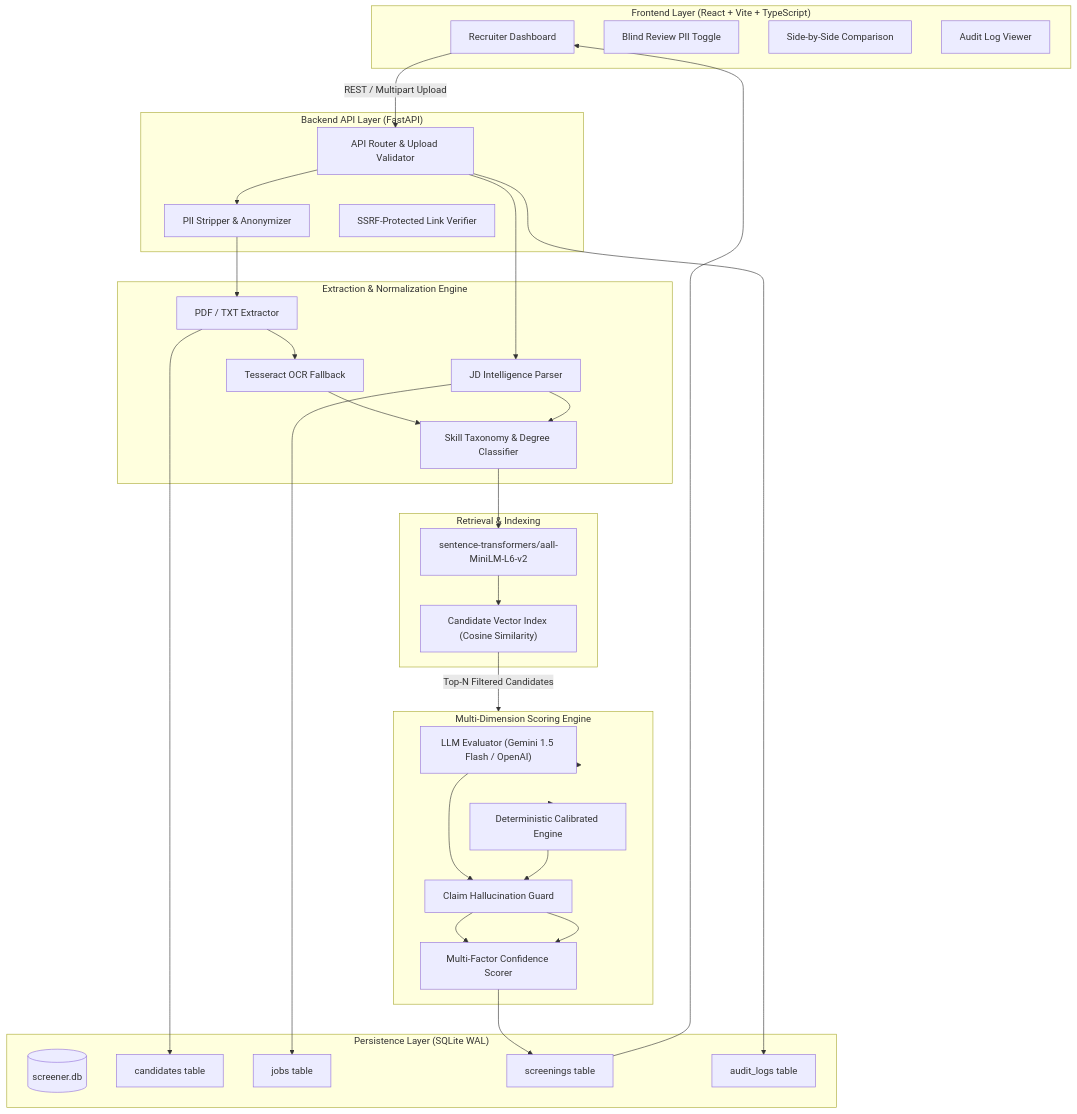
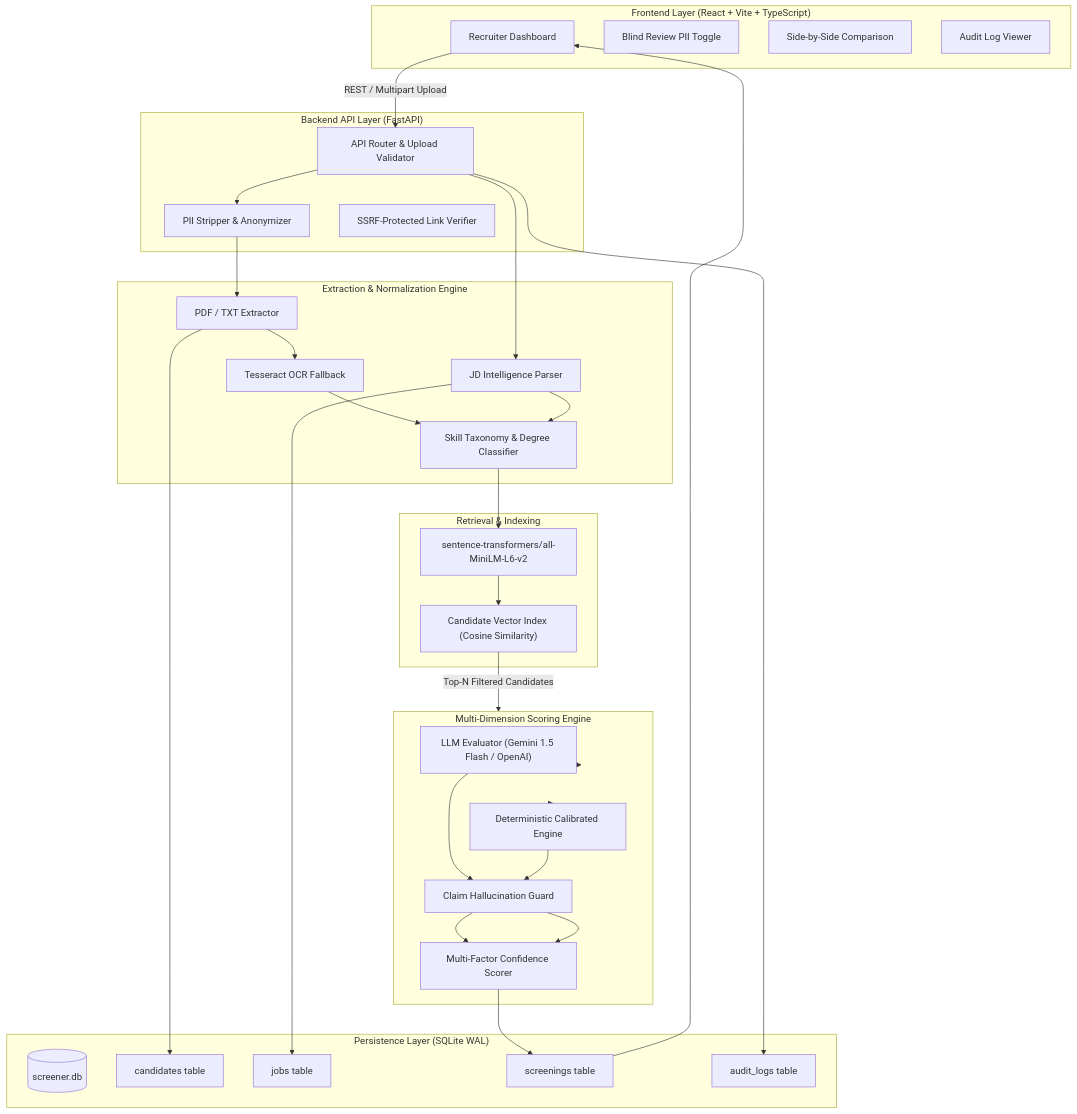
The diagram in README.md (saumitra-sinha-1267/smart-resume-screener), drawn with Mermaid before and after one commit. The commit also changed other lines of this file, not shown here.

Commit message:
docs: correct all-MiniLM-L6-v2 model identifier in README

````diff
--- a/README.md
+++ b/README.md
@@ -59,59 +59,59 @@
 ```mermaid
 flowchart TD
     subgraph Client ["Frontend Layer (React + Vite + TypeScript)"]
         UI["Recruiter Dashboard"]
         BR["Blind Review PII Toggle"]
         COMP["Side-by-Side Comparison"]
         AUDIT["Audit Log Viewer"]
     end
 
     subgraph API ["Backend API Layer (FastAPI)"]
         AUTH["API Router & Upload Validator"]
         PII["PII Stripper & Anonymizer"]
         SSRF["SSRF-Protected Link Verifier"]
     end
 
     subgraph Extraction ["Extraction & Normalization Engine"]
         PDF["PDF / TXT Extractor"]
         OCR["Tesseract OCR Fallback"]
         JD["JD Intelligence Parser"]
         TAX["Skill Taxonomy & Degree Classifier"]
     end
 
     subgraph Semantic ["Retrieval & Indexing"]
-        EMB["sentence-transformers/aall-MiniLM-L6-v2"]
+        EMB["sentence-transformers/all-MiniLM-L6-v2"]
         VEC["Candidate Vector Index (Cosine Similarity)"]
     end
 
     subgraph Evaluation ["Multi-Dimension Scoring Engine"]
         LLM["LLM Evaluator (Gemini 1.5 Flash / OpenAI)"]
         RULE["Deterministic Calibrated Engine"]
         GUARD["Claim Hallucination Guard"]
         CONF["Multi-Factor Confidence Scorer"]
     end
 
     subgraph Storage ["Persistence Layer (SQLite WAL)"]
         DB[(screener.db)]
         CAND_TBL["candidates table"]
         JOB_TBL["jobs table"]
         SCR_TBL["screenings table"]
         LOG_TBL["audit_logs table"]
     end
 
     UI -->|REST / Multipart Upload| AUTH
     AUTH --> PII --> PDF --> OCR --> TAX
     AUTH --> JD --> TAX
     PDF --> CAND_TBL
     JD --> JOB_TBL
 
     TAX --> EMB --> VEC
     VEC -->|Top-N Filtered Candidates| Evaluation
     Evaluation --> LLM
     Evaluation --> RULE
     LLM --> GUARD --> CONF
     RULE --> GUARD --> CONF
 
     CONF --> SCR_TBL
     AUTH --> LOG_TBL
     SCR_TBL --> UI
 ```
````
